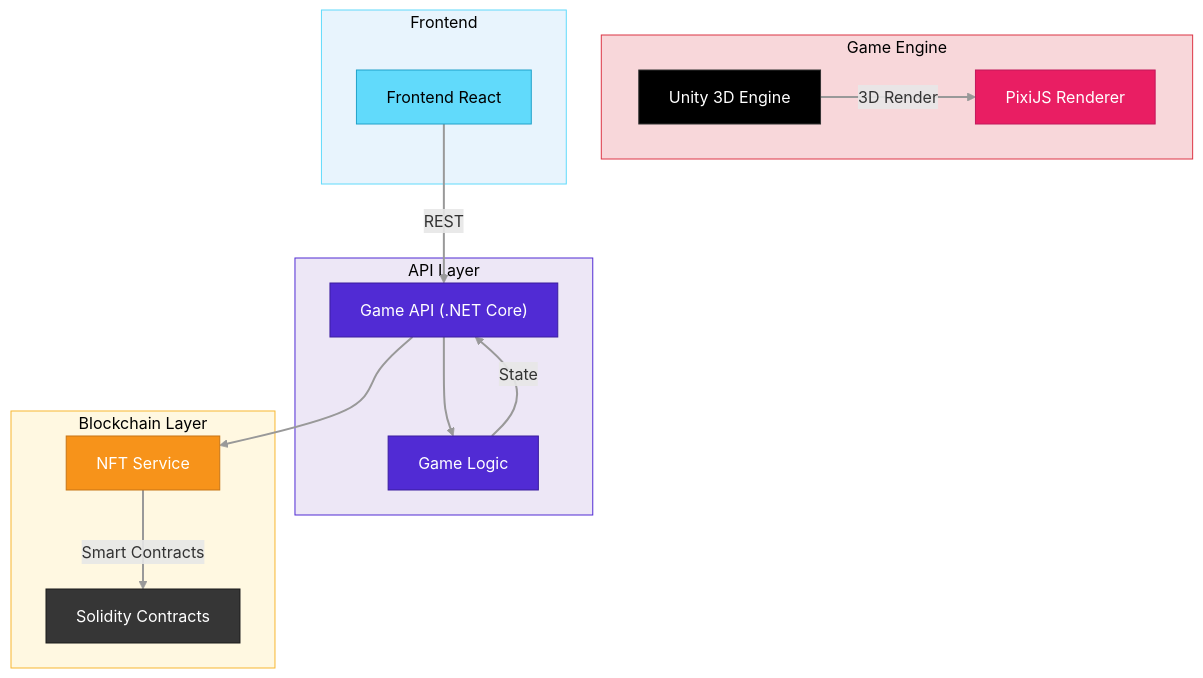
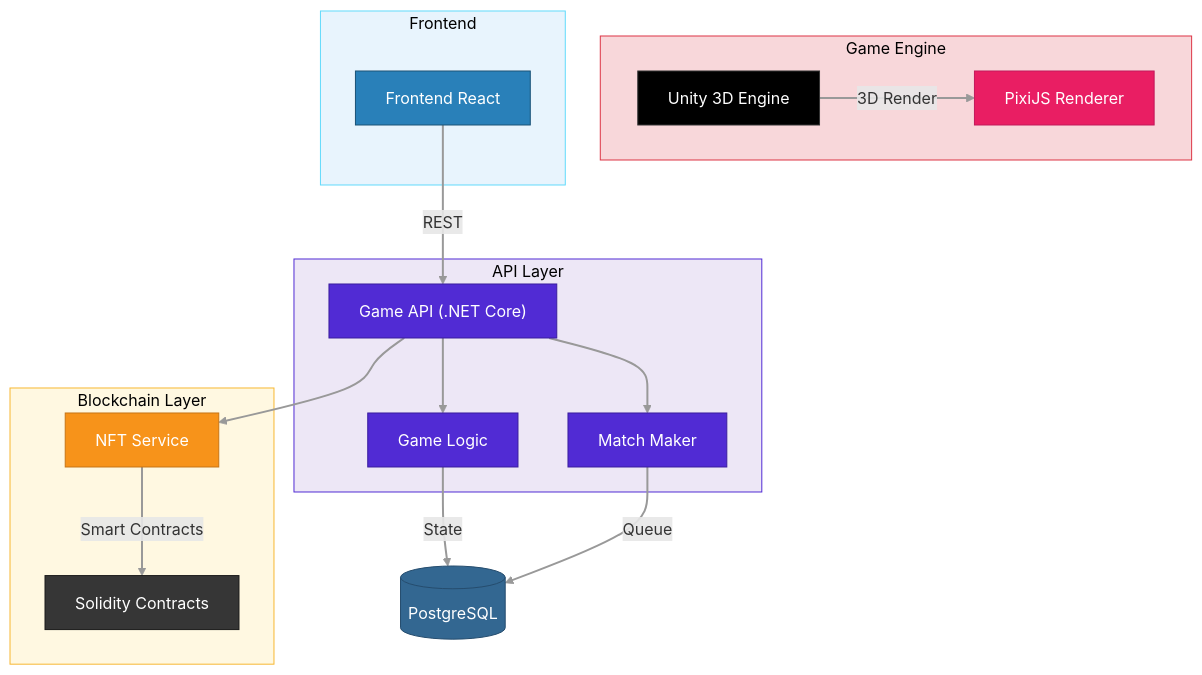
Before and after one commit to emaginebr/emagine-deploy: the diagram in emagine-site/src/data/diagrams/goblinwars.mmd, drawn with Mermaid. The commit also changed 111 other files, not shown here.

Commit message:
fix: refactory diagrams

```diff
--- a/emagine-site/src/data/diagrams/goblinwars.mmd
+++ b/emagine-site/src/data/diagrams/goblinwars.mmd
@@ -1,46 +1,44 @@
 graph TD
     subgraph Engine["Game Engine"]
         Unity["Unity 3D Engine"]
         PixiJS["PixiJS Renderer"]
     end
     subgraph Frontend
         FrontendApp["Frontend React"]
     end
     subgraph API["API Layer"]
         APIServer["Game API (.NET Core)"]
         GameLogic["Game Logic"]
+        MatchMaker["Match Maker"]
     end
     subgraph Blockchain["Blockchain Layer"]
         NFTSvc["NFT Service"]
         Solidity["Solidity Contracts"]
     end
+    DB[("PostgreSQL")]
 
     Unity -->|"3D Render"| PixiJS
     FrontendApp -->|"REST"| APIServer
     APIServer --> GameLogic
+    APIServer --> MatchMaker
     APIServer --> NFTSvc
     NFTSvc -->|"Smart Contracts"| Solidity
-    GameLogic -->|"State"| APIServer
-
-    click Unity mermaidCallback "Unity"
-    click PixiJS mermaidCallback "PixiJS"
-    click FrontendApp mermaidCallback "Frontend"
-    click APIServer mermaidCallback "API"
-    click GameLogic mermaidCallback "GameLogic"
-    click NFTSvc mermaidCallback "NFTSvc"
-    click Solidity mermaidCallback "Solidity"
+    GameLogic -->|"State"| DB
+    MatchMaker -->|"Queue"| DB
 
     style Unity fill:#000000,stroke:#333,color:#fff
     style PixiJS fill:#e91e63,stroke:#c2185b,color:#fff
-    style FrontendApp fill:#61DAFB,stroke:#21a1c9,color:#000
+    style FrontendApp fill:#2980b9,stroke:#1a5276,color:#fff
     style APIServer fill:#512BD4,stroke:#3a1d9e,color:#fff
     style GameLogic fill:#512BD4,stroke:#3a1d9e,color:#fff
+    style MatchMaker fill:#512BD4,stroke:#3a1d9e,color:#fff
     style NFTSvc fill:#f7931a,stroke:#c77415,color:#fff
     style Solidity fill:#363636,stroke:#1a1a1a,color:#fff
+    style DB fill:#336791,stroke:#264d6e,color:#fff
 
     style Engine fill:#f8d7da,stroke:#dc3545,color:#000
     style Frontend fill:#e8f4fd,stroke:#61DAFB,color:#000
     style API fill:#ede7f6,stroke:#512BD4,color:#000
     style Blockchain fill:#fff8e1,stroke:#f7b731,color:#000
 
     linkStyle default stroke:#999,stroke-width:2px
```
